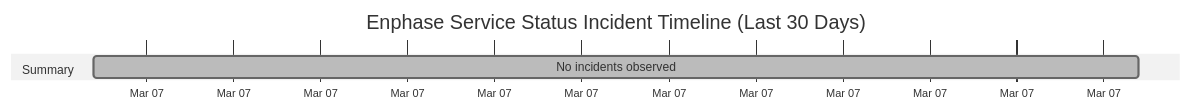
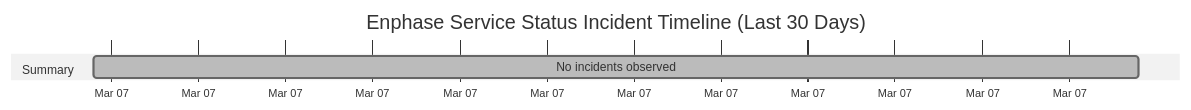
Before and after one commit to barneyonline/ha-enphase-ev-charger: the diagram in wiki/Service-Status-History.md, drawn with Mermaid (neutral theme). The commit also changed other lines of this file and 3 other files, not shown here.

````diff
--- a/wiki/Service-Status-History.md
+++ b/wiki/Service-Status-History.md
@@ -14,8 +14,8 @@
 ```mermaid
 gantt
     title Enphase Service Status Incident Timeline (Last 30 Days)
     dateFormat  YYYY-MM-DDTHH:mm:ss
     axisFormat  %b %d
     section Summary
-    No incidents observed :done, 2026-03-07T14:16:12, 1m
+    No incidents observed :done, 2026-03-07T15:14:34, 1m
 ```
````
